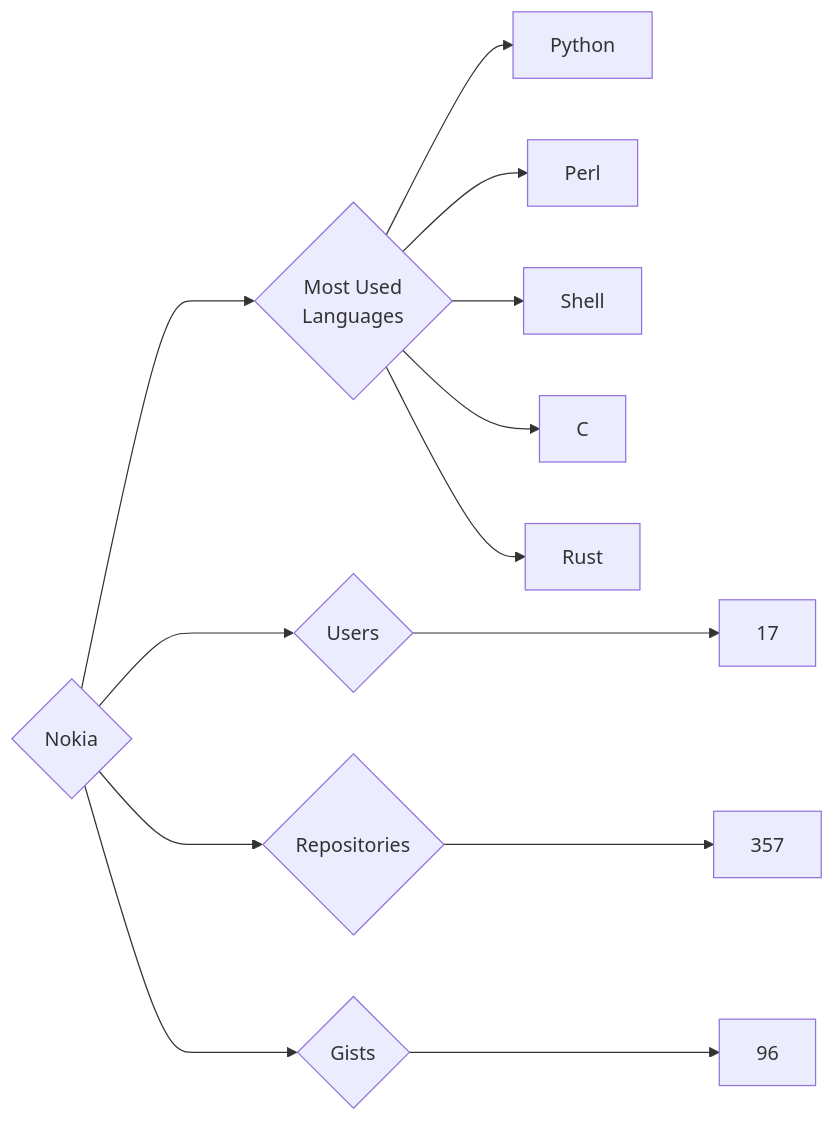
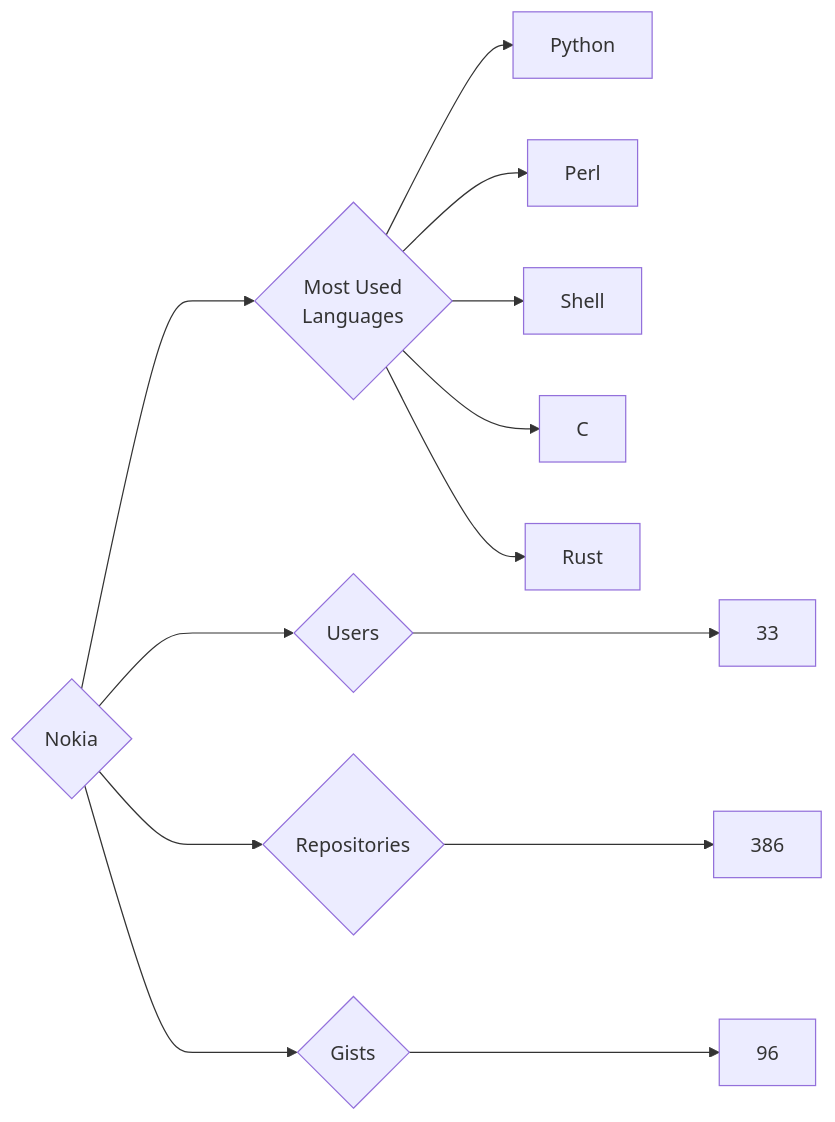
The diagram in targets/Nokia/README.md (trickest/insiders), drawn with Mermaid before and after one commit. The commit also changed 770 other files, not shown here.

````diff
--- a/targets/Nokia/README.md
+++ b/targets/Nokia/README.md
@@ -3,13 +3,13 @@
 ```mermaid
 graph LR
 COMPANY_NAME{Nokia}
-COMPANY_NAME ---> U{Users} ---> UN[17]
-COMPANY_NAME ---> R{Repositories} ---> RN[357]
+COMPANY_NAME ---> U{Users} ---> UN[33]
+COMPANY_NAME ---> R{Repositories} ---> RN[386]
 COMPANY_NAME ---> G{Gists} ---> GN[96]
 COMPANY_NAME ---> ML{Most Used<br>Languages}
 ML --> Python[Python]
 ML --> Perl[Perl]
 ML --> Shell[Shell]
 ML --> C[C]
 ML --> Rust[Rust]
 ```
````
